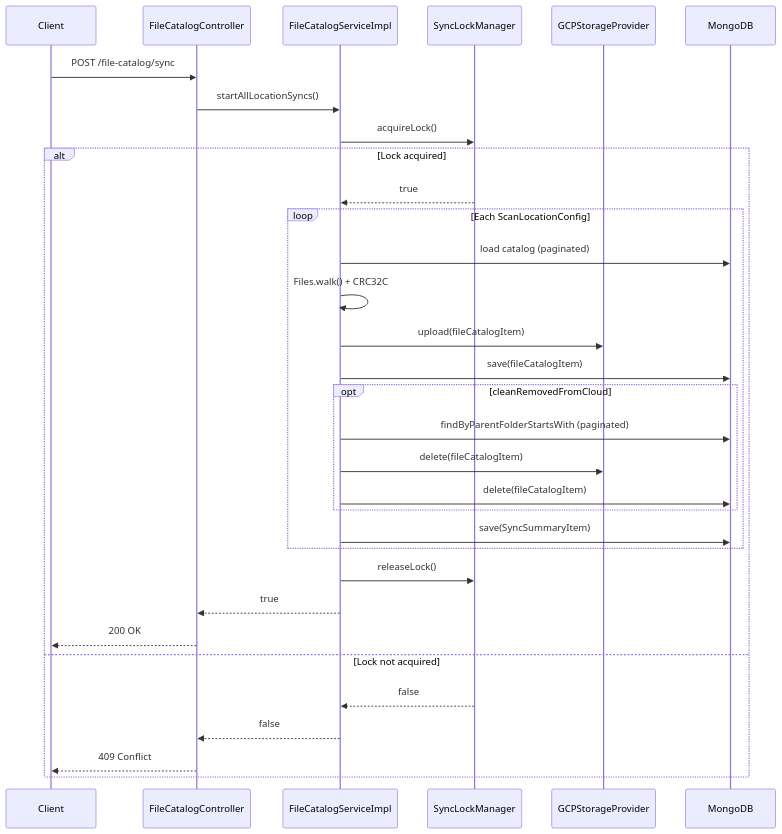
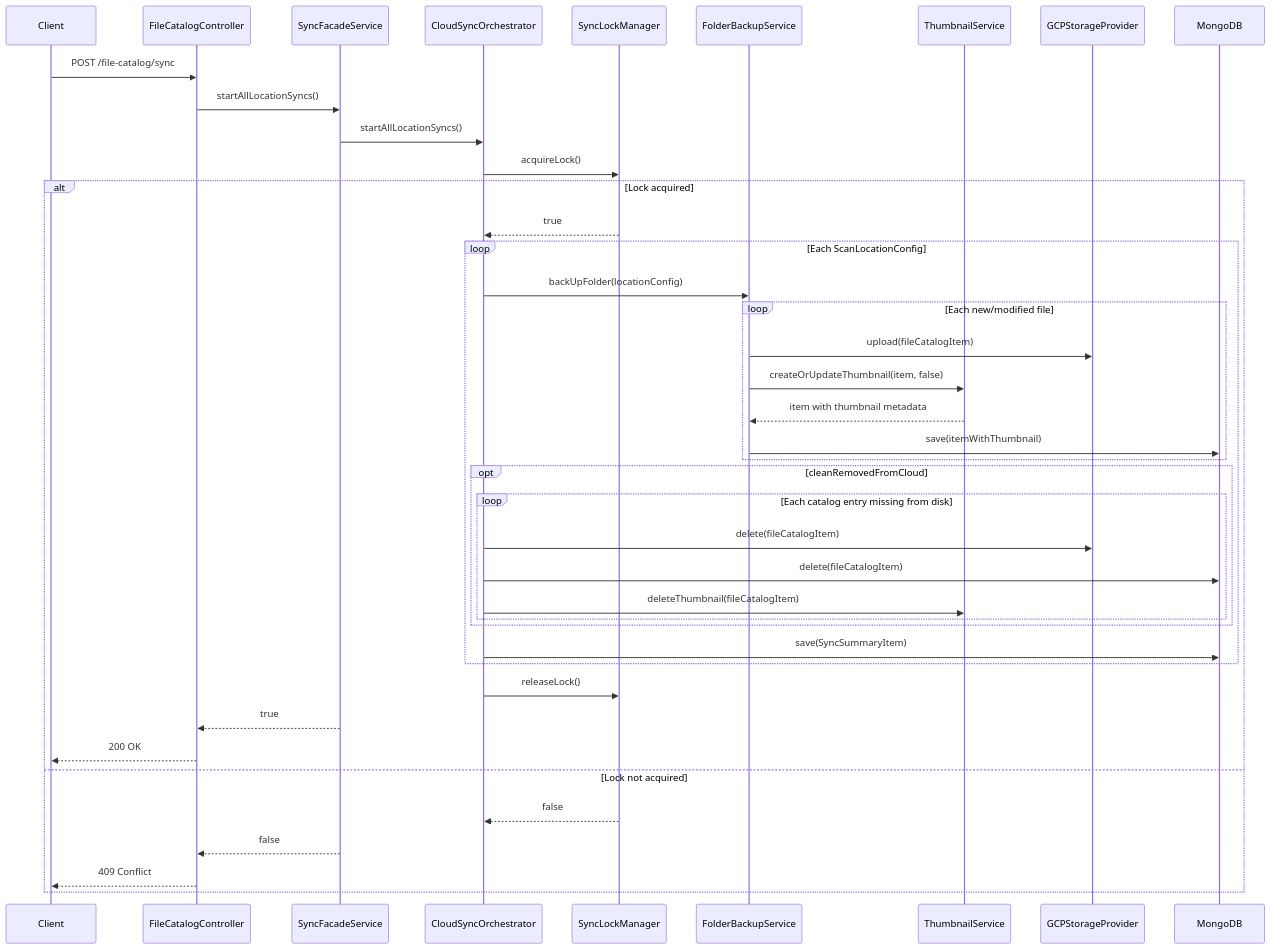
One commit to ringuerel/cloud-archiver changed the diagram in docs/api-reference.md. Above: the diagram before and after it, drawn with Mermaid. The commit also changed other lines of this file and 32 other files, not shown here.

````diff
--- a/docs/api-reference.md
+++ b/docs/api-reference.md
@@ -209,35 +218,44 @@
 ```mermaid
 sequenceDiagram
     participant Client
     participant Controller as FileCatalogController
-    participant Service as FileCatalogServiceImpl
+    participant Facade as SyncFacadeService
+    participant Orchestrator as CloudSyncOrchestrator
     participant Lock as SyncLockManager
+    participant Backup as FolderBackupService
+    participant Thumbnail as ThumbnailService
     participant Cloud as GCPStorageProvider
     participant DB as MongoDB
 
     Client->>Controller: POST /file-catalog/sync
-    Controller->>Service: startAllLocationSyncs()
-    Service->>Lock: acquireLock()
+    Controller->>Facade: startAllLocationSyncs()
+    Facade->>Orchestrator: startAllLocationSyncs()
+    Orchestrator->>Lock: acquireLock()
     alt Lock acquired
-        Lock-->>Service: true
+        Lock-->>Orchestrator: true
         loop Each ScanLocationConfig
-            Service->>DB: load catalog (paginated)
-            Service->>Service: Files.walk() + CRC32C
-            Service->>Cloud: upload(fileCatalogItem)
-            Service->>DB: save(fileCatalogItem)
+            Orchestrator->>Backup: backUpFolder(locationConfig)
+            loop Each new/modified file
+                Backup->>Cloud: upload(fileCatalogItem)
+                Backup->>Thumbnail: createOrUpdateThumbnail(item, false)
+                Thumbnail-->>Backup: item with thumbnail metadata
+                Backup->>DB: save(itemWithThumbnail)
+            end
             opt cleanRemovedFromCloud
-                Service->>DB: findByParentFolderStartsWith (paginated)
-                Service->>Cloud: delete(fileCatalogItem)
-                Service->>DB: delete(fileCatalogItem)
+                loop Each catalog entry missing from disk
+                    Orchestrator->>Cloud: delete(fileCatalogItem)
+                    Orchestrator->>DB: delete(fileCatalogItem)
+                    Orchestrator->>Thumbnail: deleteThumbnail(fileCatalogItem)
+                end
             end
-            Service->>DB: save(SyncSummaryItem)
+            Orchestrator->>DB: save(SyncSummaryItem)
         end
-        Service->>Lock: releaseLock()
-        Service-->>Controller: true
+        Orchestrator->>Lock: releaseLock()
+        Facade-->>Controller: true
         Controller-->>Client: 200 OK
     else Lock not acquired
-        Lock-->>Service: false
-        Service-->>Controller: false
+        Lock-->>Orchestrator: false
+        Facade-->>Controller: false
         Controller-->>Client: 409 Conflict
     end
 ```
````
